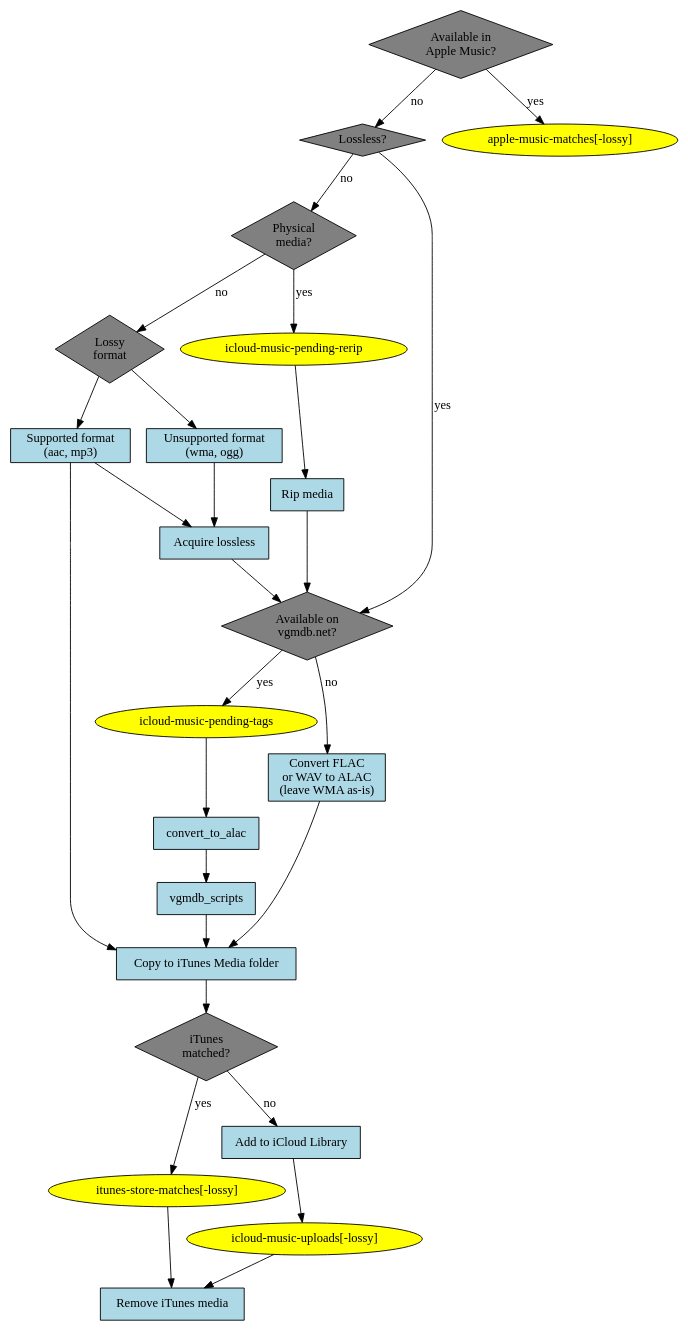
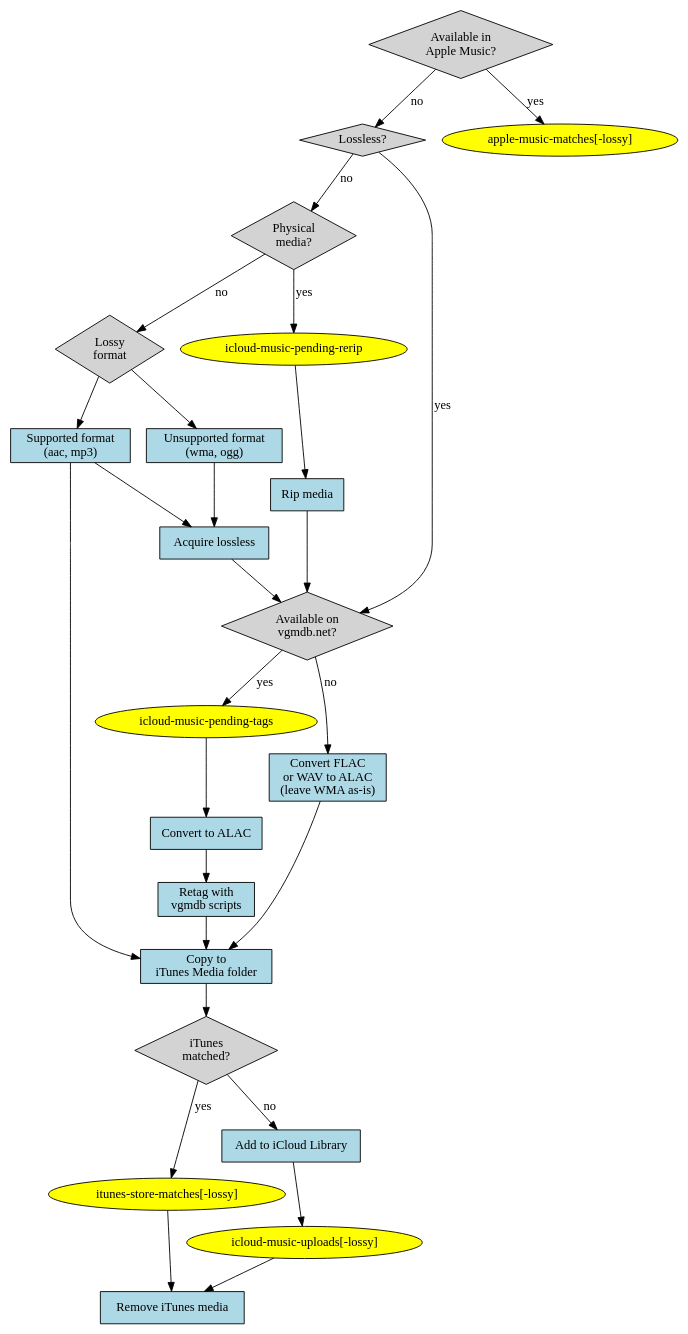
Before and after one commit to aaron-meyers/music-migration: the diagram in workflow.gv, drawn with Graphviz. The commit also changed 1 other file, not shown here.

```diff
--- a/workflow.gv
+++ b/workflow.gv
@@ -1,54 +1,56 @@
 digraph {
     fontname="Calibri"
     node [fontname="Calibri"]
     edge [fontname="Calibri"]
 
-    node [shape=diamond style=filled fillcolor=gray]
+    node [shape=diamond style=filled fillcolor=lightgray]
     is_apple_music_available [label="Available in\nApple Music?"]
     is_lossless [label="Lossless?"]
     is_vgmdb_available [label="Available on\nvgmdb.net?"]
     itunes_matched [label="iTunes\nmatched?"]
     have_physical_media [label="Physical\nmedia?"]
     lossy_format [label="Lossy\nformat"]
 
     node [shape=oval fillcolor=yellow]
     apple_music_matches [label="apple-music-matches[-lossy]"]
     itunes_store_matches [label="itunes-store-matches[-lossy]"]
     icloud_music_pending_rerip [label="icloud-music-pending-rerip"]
     icloud_music_pending_tags [label="icloud-music-pending-tags"]
     icloud_music_uploads [label="icloud-music-uploads[-lossy]"]
 
     node [shape=rect fillcolor=lightblue]
     rip_media [label="Rip media"]
     supported_lossy_format [label="Supported format\n(aac, mp3)"]
     unsupported_lossy_format [label="Unsupported format\n(wma, ogg)"]
     acquire_lossless [label="Acquire lossless"]
     convert_flac_to_alac [label="Convert FLAC\nor WAV to ALAC\n(leave WMA as-is)"]
-    copy_to_itunes_media [label="Copy to iTunes Media folder"]
+    convert_to_alac [label="Convert to ALAC"]
+    vgmdb_scripts [label="Retag with\nvgmdb scripts"]
+    copy_to_itunes_media [label="Copy to\niTunes Media folder"]
     add_to_icloud_library [label="Add to iCloud Library"]
     remove_itunes_media [label="Remove iTunes media"]
 
     is_apple_music_available -> apple_music_matches [label="yes"]
 
     is_apple_music_available -> is_lossless [label="no"]
     is_lossless -> is_vgmdb_available [label="yes"]
     is_vgmdb_available -> icloud_music_pending_tags [label="yes"]
     icloud_music_pending_tags -> convert_to_alac -> vgmdb_scripts
     vgmdb_scripts -> copy_to_itunes_media -> itunes_matched
     itunes_matched -> itunes_store_matches [label="yes"]
     itunes_matched -> add_to_icloud_library [label="no"]
     add_to_icloud_library -> icloud_music_uploads -> remove_itunes_media
     itunes_store_matches -> remove_itunes_media
 
     is_vgmdb_available -> convert_flac_to_alac [label="no"]
     convert_flac_to_alac -> copy_to_itunes_media 
 
     is_lossless -> have_physical_media [label="no"]
     have_physical_media -> icloud_music_pending_rerip [label="yes"]
     icloud_music_pending_rerip -> rip_media -> is_vgmdb_available
     have_physical_media -> lossy_format [label="no"]
     lossy_format -> supported_lossy_format -> copy_to_itunes_media
     supported_lossy_format -> acquire_lossless
     lossy_format -> unsupported_lossy_format -> acquire_lossless
     acquire_lossless -> is_vgmdb_available
 }
```
